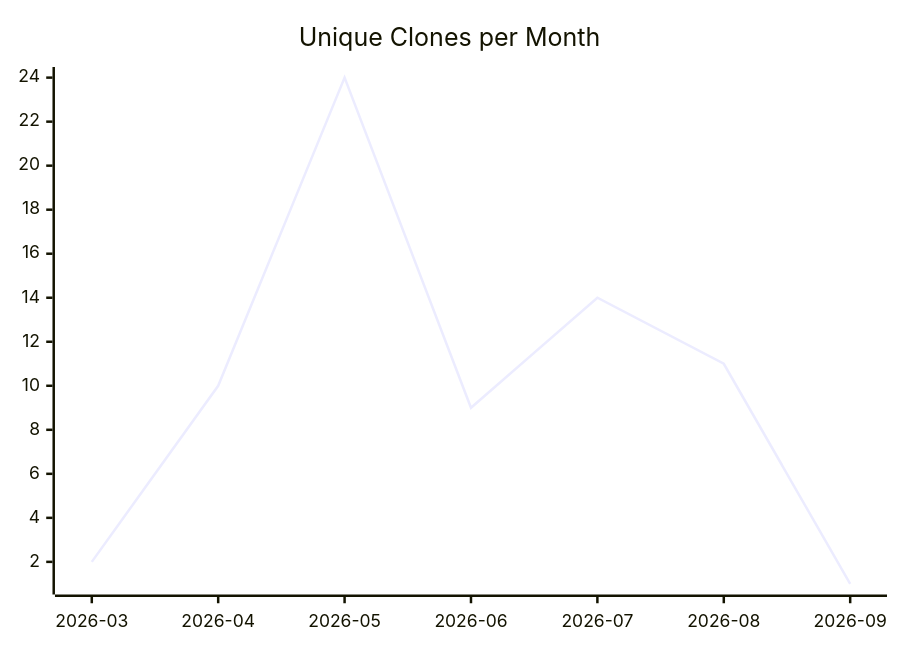
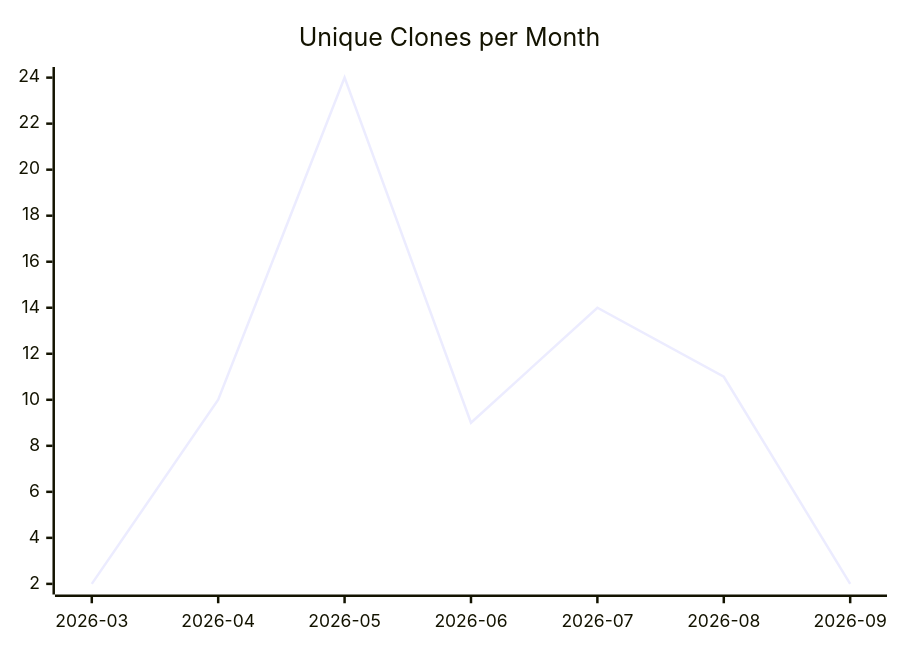
One commit to justdavis-family/github-analytics-data changed the third of 3 diagrams in karlmdavis/xmlpull/README.md. Above: the diagram before and after it, drawn with Mermaid. The commit also changed other lines of this file and 192 other files, not shown here.

````diff
--- a/karlmdavis/xmlpull/README.md
+++ b/karlmdavis/xmlpull/README.md
@@ -19,6 +19,6 @@
 ```mermaid
 xychart-beta
   title "Unique Clones per Month"
   x-axis ["2026-03", "2026-04", "2026-05", "2026-06", "2026-07", "2026-08", "2026-09"]
-  line [2, 10, 24, 9, 14, 11, 1]
+  line [2, 10, 24, 9, 14, 11, 2]
 ```
````
